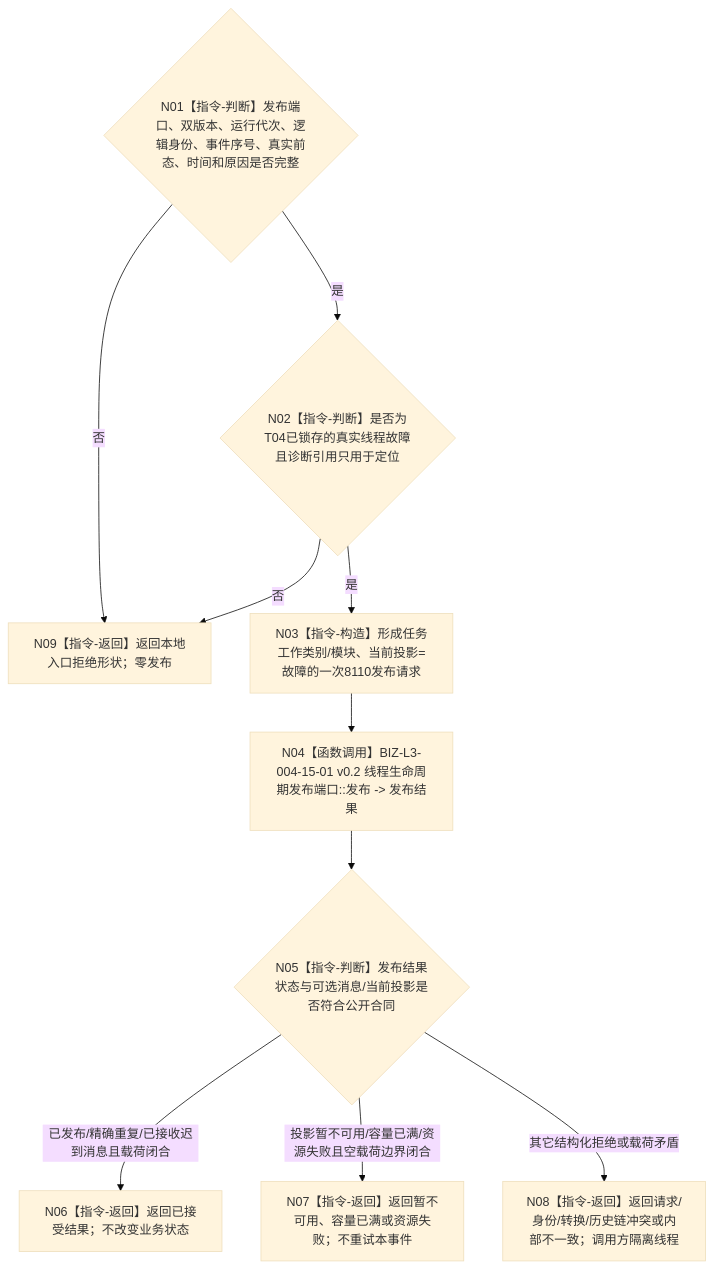
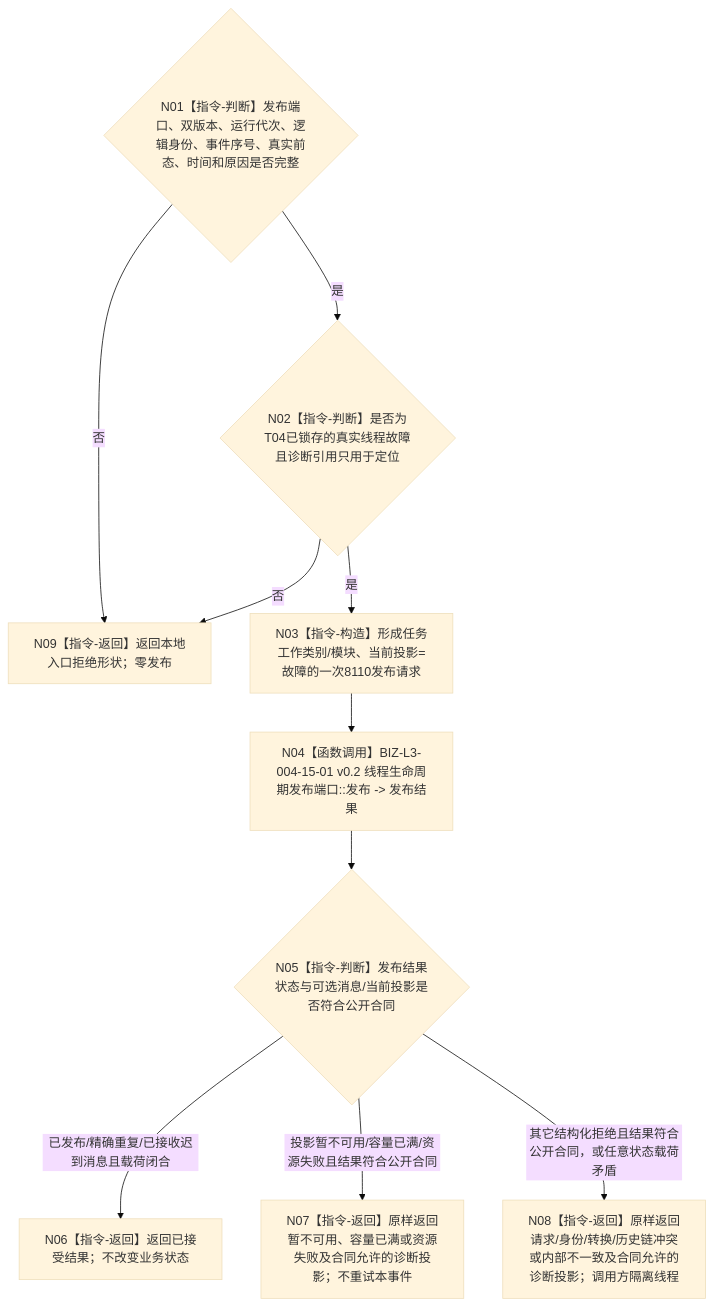
Before and after one commit to chunhaizh-cyber/HY-Ego: the diagram in 流程图/目标业务流程图/L2/BIZ-L2-004-15_报告一次任务工作线程故障生命周期投影_目标函数流程图_v0.2.md, drawn with Mermaid (base theme). The commit also changed other lines of this file and 5 other files, not shown here.

````diff
--- a/流程图/目标业务流程图/L2/BIZ-L2-004-15_报告一次任务工作线程故障生命周期投影_目标函数流程图_v0.2.md
+++ b/流程图/目标业务流程图/L2/BIZ-L2-004-15_报告一次任务工作线程故障生命周期投影_目标函数流程图_v0.2.md
@@ -35,20 +37,20 @@
 ```mermaid
 flowchart TD
     N01{"N01【指令-判断】发布端口、双版本、运行代次、逻辑身份、事件序号、真实前态、时间和原因是否完整"}
     N02{"N02【指令-判断】是否为T04已锁存的真实线程故障且诊断引用只用于定位"}
     N03["N03【指令-构造】形成任务工作类别/模块、当前投影=故障的一次8110发布请求"]
     N04["N04【函数调用】BIZ-L3-004-15-01 v0.2 线程生命周期发布端口::发布 -> 发布结果"]
     N05{"N05【指令-判断】发布结果状态与可选消息/当前投影是否符合公开合同"}
     N06["N06【指令-返回】返回已接受结果；不改变业务状态"]
-    N07["N07【指令-返回】返回暂不可用、容量已满或资源失败；不重试本事件"]
-    N08["N08【指令-返回】返回请求/身份/转换/历史链冲突或内部不一致；调用方隔离线程"]
+    N07["N07【指令-返回】原样返回暂不可用、容量已满或资源失败及合同允许的诊断投影；不重试本事件"]
+    N08["N08【指令-返回】原样返回请求/身份/转换/历史链冲突或内部不一致及合同允许的诊断投影；调用方隔离线程"]
     N09["N09【指令-返回】返回本地入口拒绝形状；零发布"]
 
     N01 -->|否| N09
     N01 -->|是| N02
     N02 -->|否| N09
     N02 -->|是| N03 --> N04 --> N05
     N05 -->|已发布/精确重复/已接收迟到消息且载荷闭合| N06
-    N05 -->|投影暂不可用/容量已满/资源失败且空载荷边界闭合| N07
-    N05 -->|其它结构化拒绝或载荷矛盾| N08
+    N05 -->|投影暂不可用/容量已满/资源失败且结果符合公开合同| N07
+    N05 -->|其它结构化拒绝且结果符合公开合同，或任意状态载荷矛盾| N08
 ```
````
